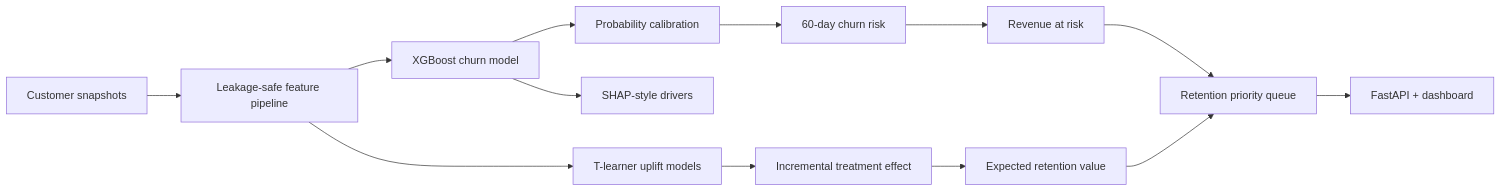
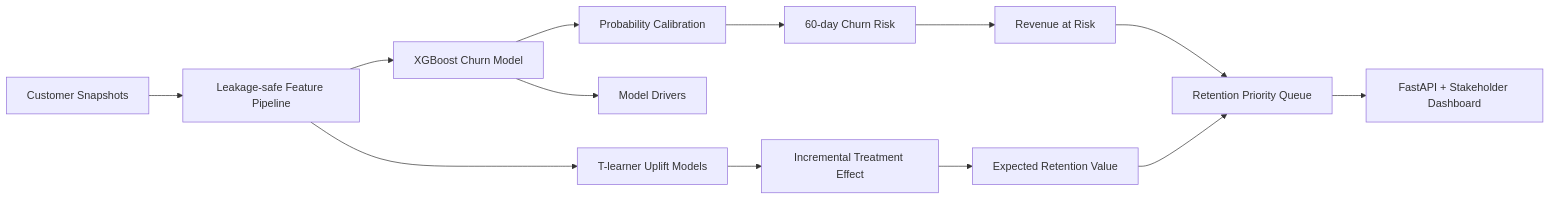
One commit to Technyder-Inc/Technyder-Inc changed the diagram in portfolio/customer-retention-intelligence/README.md. Above: the diagram before and after it, drawn with Mermaid. The commit also changed other lines of this file, not shown here.

````diff
--- a/portfolio/customer-retention-intelligence/README.md
+++ b/portfolio/customer-retention-intelligence/README.md
@@ -34,15 +60,15 @@
 ```mermaid
 flowchart LR
-    A[Customer snapshots] --> B[Leakage-safe feature pipeline]
-    B --> C[XGBoost churn model]
-    C --> D[Probability calibration]
-    D --> E[60-day churn risk]
-    C --> F[SHAP-style drivers]
-    B --> G[T-learner uplift models]
-    G --> H[Incremental treatment effect]
-    E --> I[Revenue at risk]
-    H --> J[Expected retention value]
-    I --> K[Retention priority queue]
+    A[Customer Snapshots] --> B[Leakage-safe Feature Pipeline]
+    B --> C[XGBoost Churn Model]
+    C --> D[Probability Calibration]
+    D --> E[60-day Churn Risk]
+    C --> F[Model Drivers]
+    B --> G[T-learner Uplift Models]
+    G --> H[Incremental Treatment Effect]
+    E --> I[Revenue at Risk]
+    H --> J[Expected Retention Value]
+    I --> K[Retention Priority Queue]
     J --> K
-    K --> L[FastAPI + dashboard]
+    K --> L[FastAPI + Stakeholder Dashboard]
 ```
````
